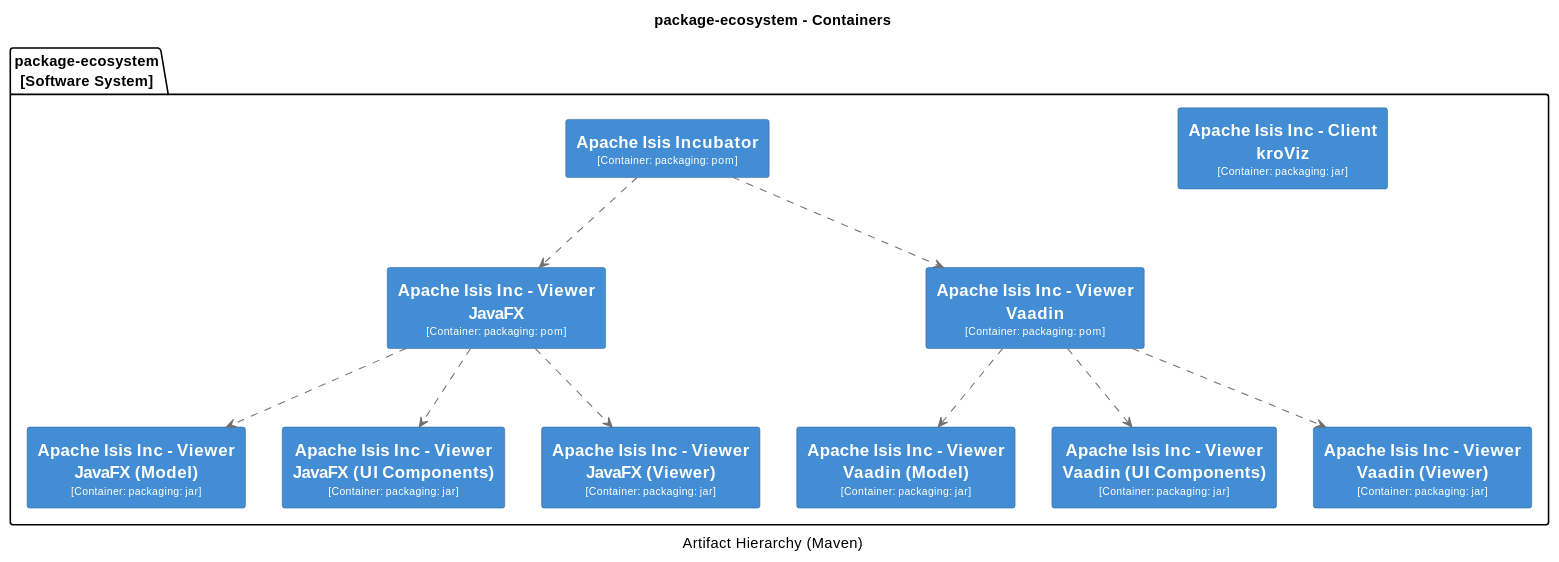
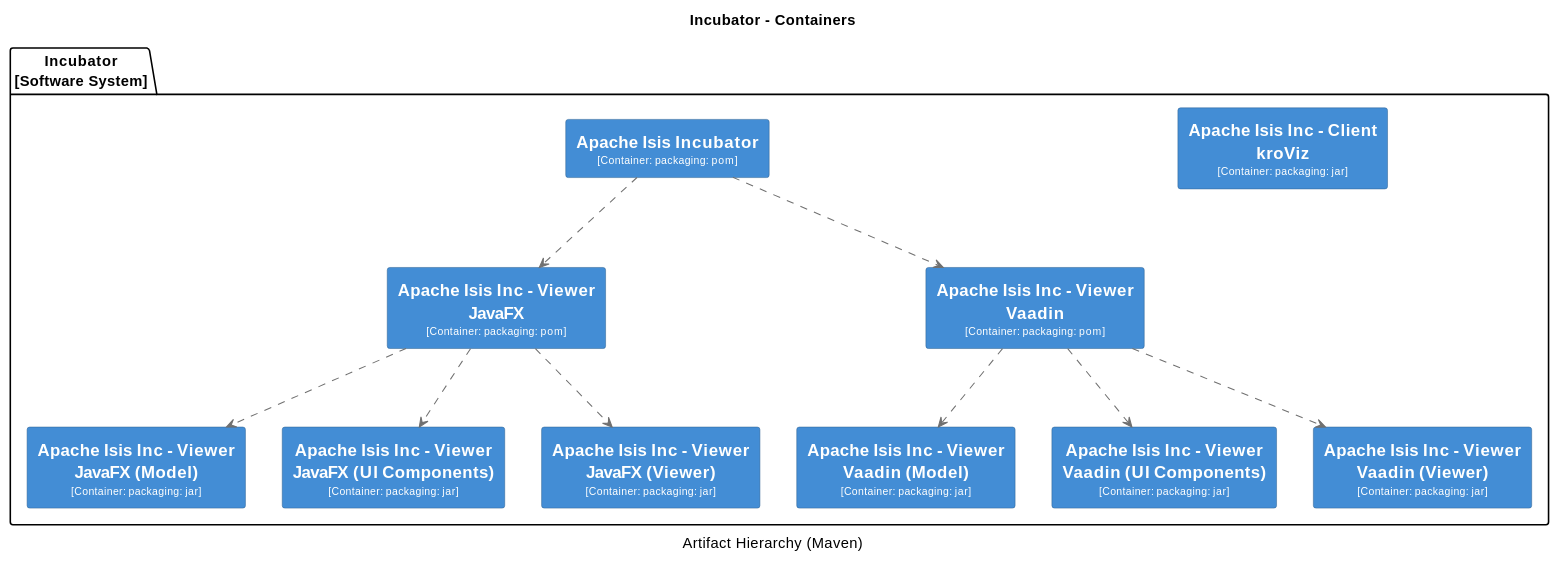
Before and after one commit to apache/causeway: diagram 17 of 18 in antora/components/system/modules/ROOT/pages/system-overview.adoc, drawn with PlantUML. The commit also changed other lines of this file and 1 other file, not shown here.

Commit message:
ISIS-2473: system overview: more meaningful diagram titles

```diff
--- a/antora/components/system/modules/ROOT/pages/system-overview.adoc
+++ b/antora/components/system/modules/ROOT/pages/system-overview.adoc
@@ -4739,7 +4739,7 @@
 [plantuml,Incubator,svg]
 ----
 @startuml(id=Incubator)
-title package-ecosystem - Containers
+title Incubator - Containers
 caption Artifact Hierarchy (Maven)
 
 skinparam {
@@ -4800,7 +4800,7 @@
   FontColor #fffffe
   BorderColor #2E6295
 }
-package "package-ecosystem\n[Software System]" {
+package "Incubator\n[Software System]" {
   rectangle "==Apache Isis Inc - Client kroViz\n<size:10>[Container: packaging: jar]</size>" <<3>> as 3
   rectangle "==Apache Isis Inc - Viewer JavaFX\n<size:10>[Container: packaging: pom]</size>" <<4>> as 4
   rectangle "==Apache Isis Inc - Viewer JavaFX (Model)\n<size:10>[Container: packaging: jar]</size>" <<5>> as 5
```
